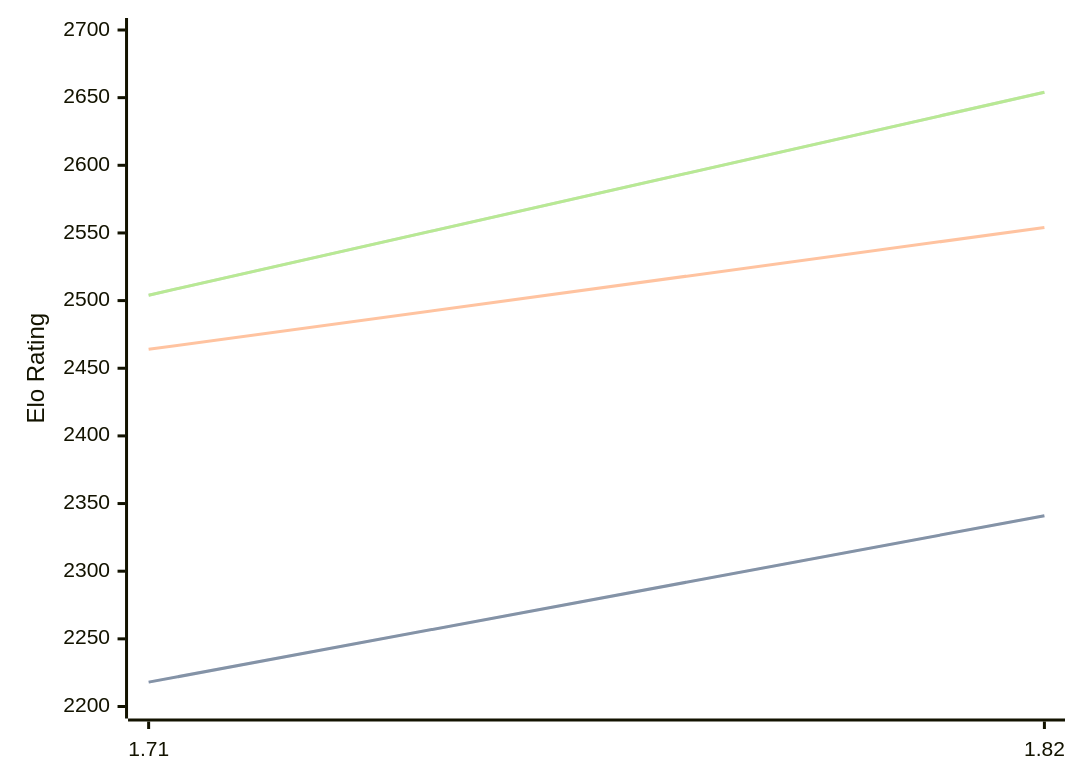
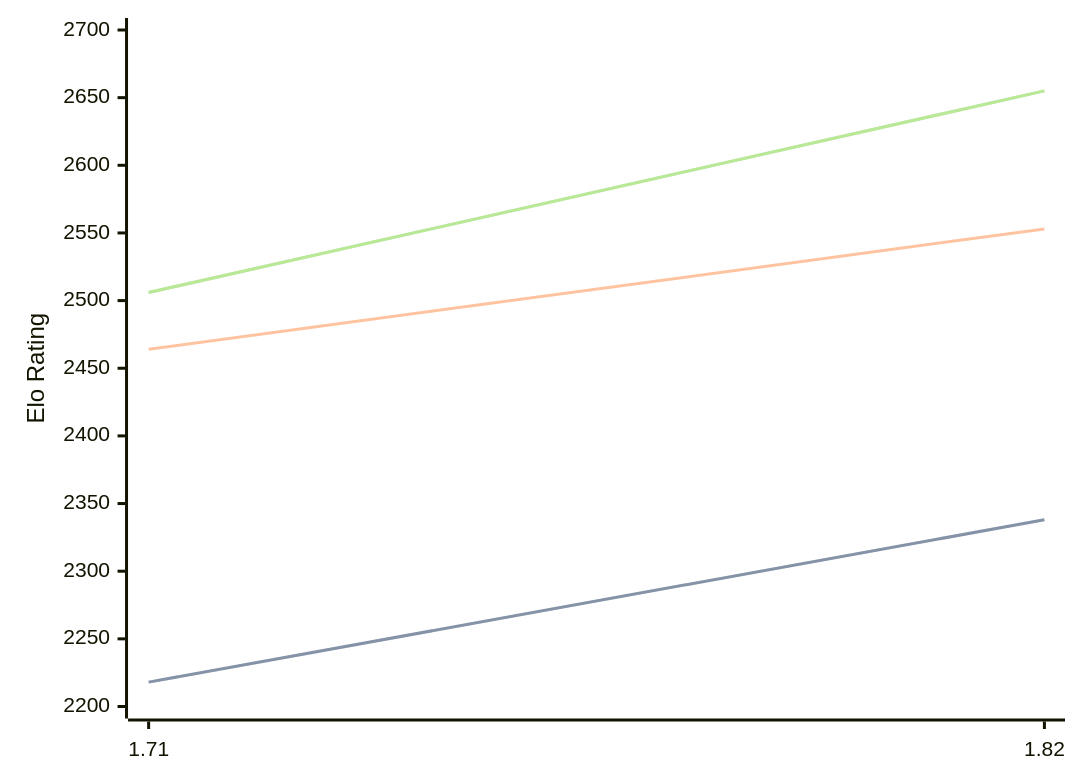
One commit to computer-chess-index/cci changed the diagram in engines/Amira.md. Above: the diagram before and after it, drawn with Mermaid. The commit also changed other lines of this file, not shown here.

Commit message:
Update CCI Ratings (ELO VLTC) - 2026-04-13

````diff
--- a/engines/Amira.md
+++ b/engines/Amira.md
@@ -35,11 +35,11 @@
 ```mermaid
 %%{init: {"theme":"base","themeVariables":{"seriesColors:['#a3a3a3','#222221','#faa371']}}}%%
 xychart-beta
   x-axis ["1.71", "1.82"]
   y-axis "Elo Rating" 2200 --> 2700
-  line "STC (8.0+0.08s)" [2218, 2341]
-  line "STC (8.0+0.08s)" [2218, 2341]
-  line "LTC (60.0+0.60s)" [2464, 2554]
-  line "VLTC (2m24s+1.12s)" [2504, 2654]
-  line "VLTC (2m24s+1.12s)" [2504, 2654]
+  line "STC (8.0+0.08s)" [2218, 2338]
+  line "STC (8.0+0.08s)" [2218, 2338]
+  line "LTC (60.0+0.60s)" [2464, 2553]
+  line "VLTC (2m24s+1.12s)" [2506, 2655]
+  line "VLTC (2m24s+1.12s)" [2506, 2655]
 ```
````
